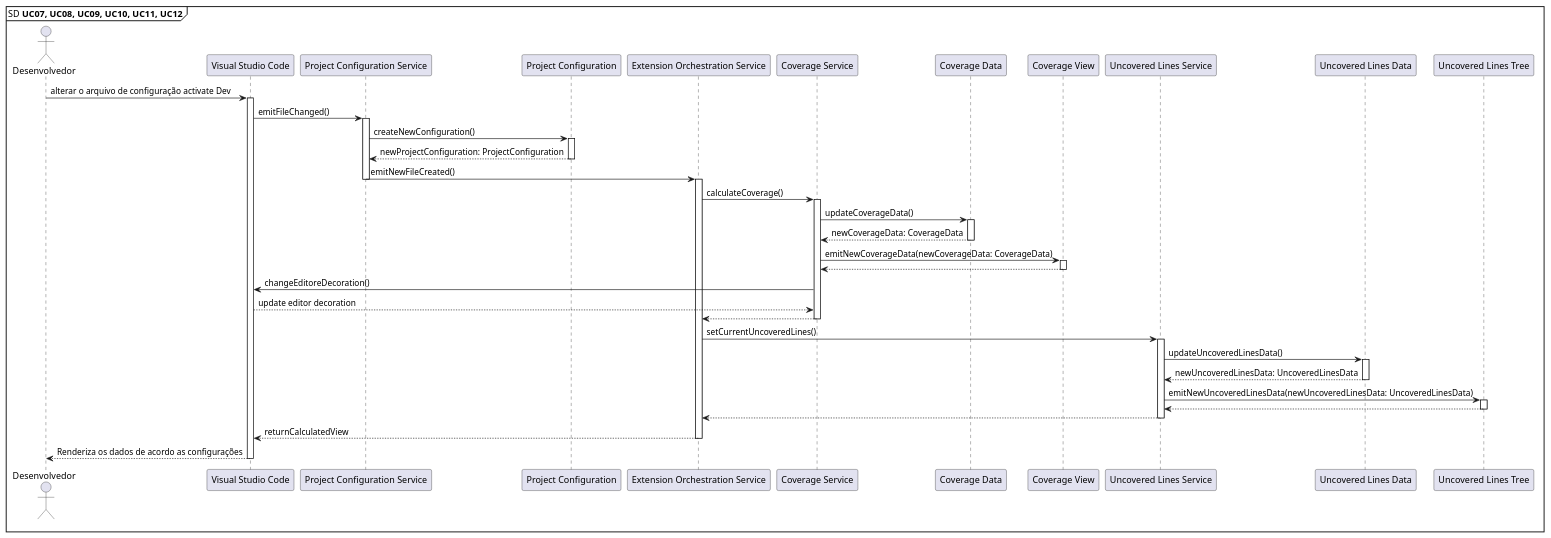
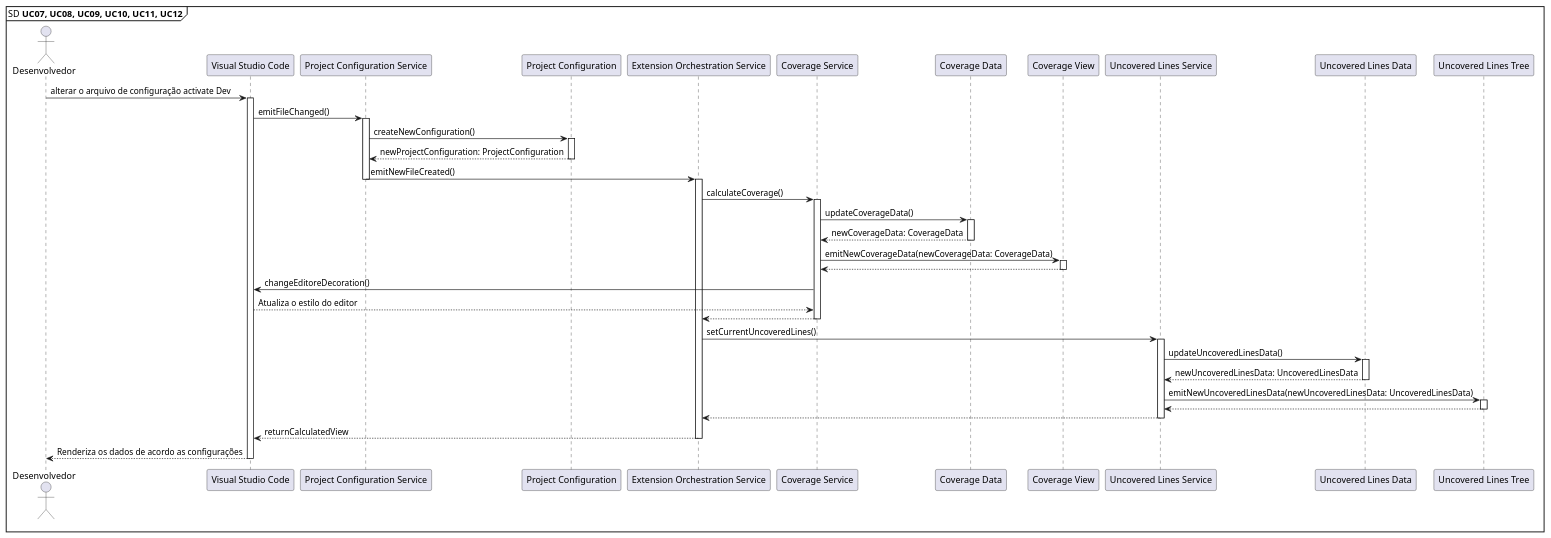
The diagram in Artefatos/Diagrama de Sequência/PlantUML/UC07-UC12.plantuml (ICEI-PUC-Minas-PPLES-TI/plf-es-2022-1-tcci-5308100-dev-arthur-rocha-guilherme-oliveira), drawn with PlantUML before and after one commit. The commit also changed 3 other files, not shown here.

Commit message:
📚 docs: Update diagrams labels

```diff
--- a/Artefatos/Diagrama de Sequência/PlantUML/UC07-UC12.plantuml
+++ b/Artefatos/Diagrama de Sequência/PlantUML/UC07-UC12.plantuml
@@ -1,86 +1,86 @@
 @startuml
 
 mainframe SD **UC07, UC08, UC09, UC10, UC11, UC12** 
 
 'UC07: Como desenvolvedor, desejo editar o arquivo de configuração na raiz do projeto.
 'UC08: Como desenvolvedor, desejo adicionar ao arquivo de configuração a branch de referência.
 'UC09: Como desenvolvedor, desejo adicionar ao arquivo de configuração um valor mínimo de cobertura.
 'UC10: Como desenvolvedor, desejo adicionar ao arquivo de configuração o caminho para o arquivo de relatório de cobertura.
 'UC11: Como desenvolvedor, desejo adicionar ao arquivo de configuração um comando para execução dos testes.
 'UC12: Como desenvolvedor, desejo adicionar ao arquivo de configuração um comando para execução dos testes em modo de recarregamento automático após edição de algum arquivo.
 
 actor       Desenvolvedor                     as Dev
 participant "Visual Studio Code"              as VSCode
 participant "Project Configuration Service"   as ProjectConfigurationService
 participant "Project Configuration"           as ProjectConfiguration
 participant "Extension Orchestration Service" as ExtensionOrchestrationService
 participant "Coverage Service"                as CoverageService
 participant "Coverage Data"                   as CoverageData
 participant "Coverage View"                   as CoverageView
 participant "Uncovered Lines Service"         as UncoveredLinesService
 participant "Uncovered Lines Data"            as UncoveredLinesData
 participant "Uncovered Lines Tree"            as UncoveredLinesTree
 
 Dev -> VSCode: alterar o arquivo de configuração activate Dev
 activate VSCode
 
 VSCode -> ProjectConfigurationService: emitFileChanged()
 activate ProjectConfigurationService
 
 ProjectConfigurationService -> ProjectConfiguration: createNewConfiguration()
 activate ProjectConfiguration
 ProjectConfigurationService <-- ProjectConfiguration: newProjectConfiguration: ProjectConfiguration
 deactivate ProjectConfiguration
 
 ProjectConfigurationService -> ExtensionOrchestrationService: emitNewFileCreated()
 deactivate ProjectConfigurationService
 activate ExtensionOrchestrationService
 
 ExtensionOrchestrationService -> CoverageService: calculateCoverage()
 activate CoverageService
 
 CoverageService -> CoverageData: updateCoverageData()
 activate CoverageData
 
 CoverageService <-- CoverageData: newCoverageData: CoverageData
 deactivate CoverageData
 
 CoverageService -> CoverageView: emitNewCoverageData(newCoverageData: CoverageData)
 activate CoverageView
 
 CoverageService <-- CoverageView
 deactivate CoverageView
 
 CoverageService -> VSCode: changeEditoreDecoration()
-CoverageService <-- VSCode: update editor decoration
+CoverageService <-- VSCode: Atualiza o estilo do editor
 
 ExtensionOrchestrationService <-- CoverageService
 deactivate CoverageService
 
 ExtensionOrchestrationService -> UncoveredLinesService: setCurrentUncoveredLines()
 activate UncoveredLinesService
 
 UncoveredLinesService -> UncoveredLinesData: updateUncoveredLinesData()
 activate UncoveredLinesData
 
 UncoveredLinesService <-- UncoveredLinesData: newUncoveredLinesData: UncoveredLinesData
 deactivate UncoveredLinesData
 
 UncoveredLinesService -> UncoveredLinesTree: emitNewUncoveredLinesData(newUncoveredLinesData: UncoveredLinesData)
 activate UncoveredLinesTree
 
 UncoveredLinesService <-- UncoveredLinesTree
 deactivate UncoveredLinesTree
 
 ExtensionOrchestrationService <-- UncoveredLinesService
 deactivate UncoveredLinesService
 
 VSCode <-- ExtensionOrchestrationService: returnCalculatedView
 deactivate ExtensionOrchestrationService
 
 Dev <-- VSCode: Renderiza os dados de acordo as configurações
 deactivate VSCode
 deactivate ExtensionOrchestrationService
 deactivate Dev
 
 @enduml
```
